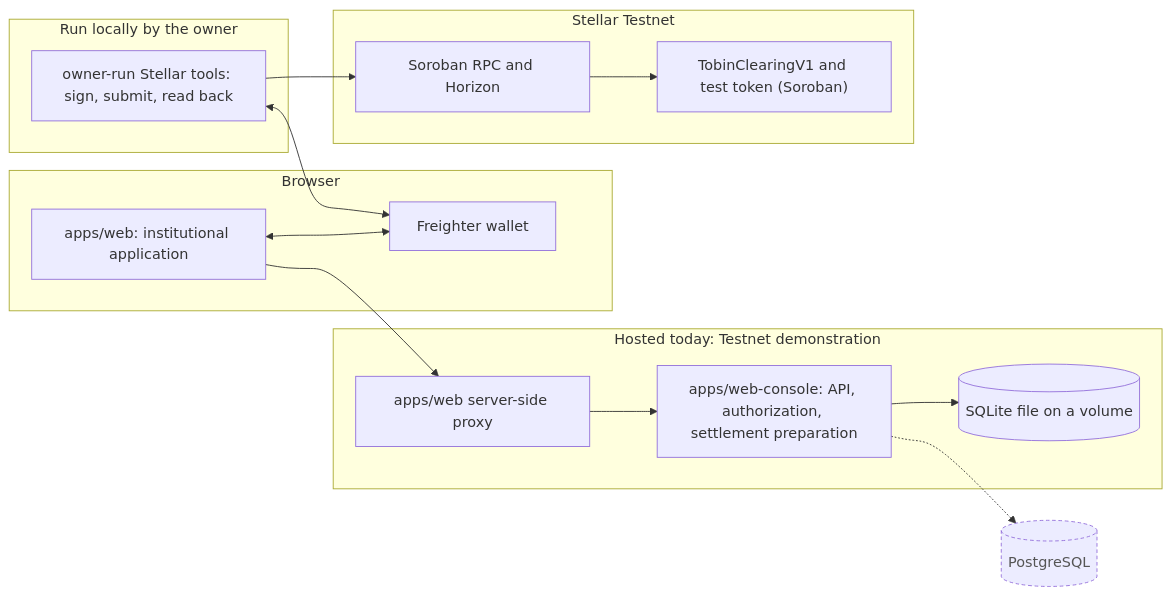
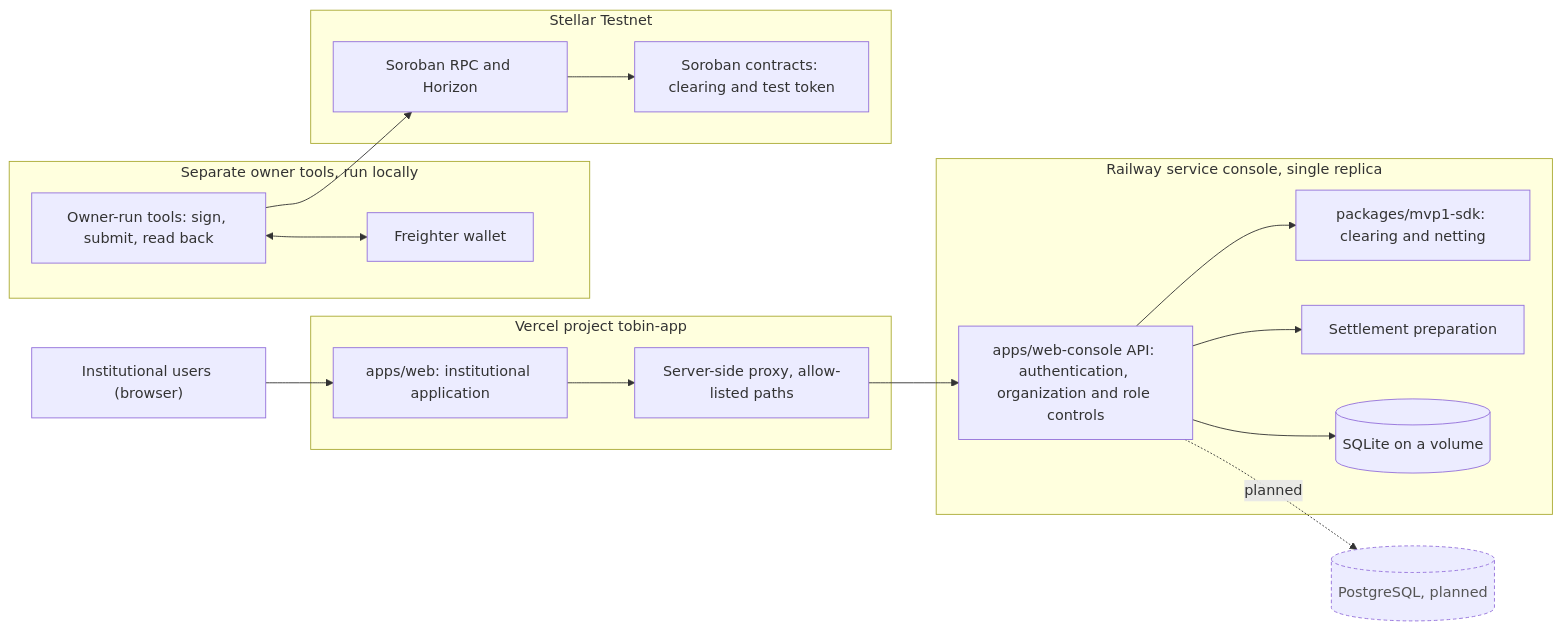
Before and after one commit to tobin-protocol/tobin: the first of 3 diagrams in README.md, drawn with Mermaid. The commit also changed other lines of this file, not shown here.

Commit message:
docs: add three verified diagrams to the root README and update its documentation map

````diff
--- a/README.md
+++ b/README.md
@@ -59,26 +61,31 @@
 ```mermaid
 flowchart LR
-  subgraph BROWSER["Browser"]
+  USER["Institutional users (browser)"]
+  subgraph VERCEL["Vercel project tobin-app"]
     UI["apps/web: institutional application"]
+    PROXY["Server-side proxy, allow-listed paths"]
+  end
+  subgraph RAILWAY["Railway service console, single replica"]
+    API["apps/web-console API: authentication, organization and role controls"]
+    SDK["packages/mvp1-sdk: clearing and netting"]
+    PREP["Settlement preparation"]
+    DB[("SQLite on a volume")]
+  end
+  PG[("PostgreSQL, planned")]:::planned
+  subgraph OWNER["Separate owner tools, run locally"]
+    TOOLS["Owner-run tools: sign, submit, read back"]
     FW["Freighter wallet"]
   end
-  subgraph HOST["Hosted today: Testnet demonstration"]
-    PROXY["apps/web server-side proxy"]
-    API["apps/web-console: API, authorization, settlement preparation"]
-    DB[("SQLite file on a volume")]
-  end
-  subgraph OWNER["Run locally by the owner"]
-    TOOLS["owner-run Stellar tools: sign, submit, read back"]
-  end
   subgraph STELLAR["Stellar Testnet"]
-    CON["TobinClearingV1 and test token (Soroban)"]
+    CON["Soroban contracts: clearing and test token"]
     RPC["Soroban RPC and Horizon"]
   end
-  PG[("PostgreSQL")]:::planned
-  UI --> PROXY --> API --> DB
-  UI <--> FW
+  USER --> UI --> PROXY --> API
+  API --> SDK
+  API --> PREP
+  API --> DB
+  API -.->|planned| PG
   TOOLS <--> FW
   TOOLS --> RPC --> CON
-  API -.-> PG
   classDef planned stroke-dasharray: 4 3,color:#555
 ```
````
